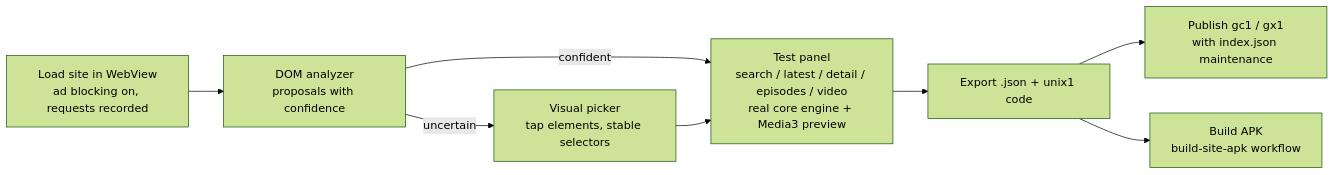
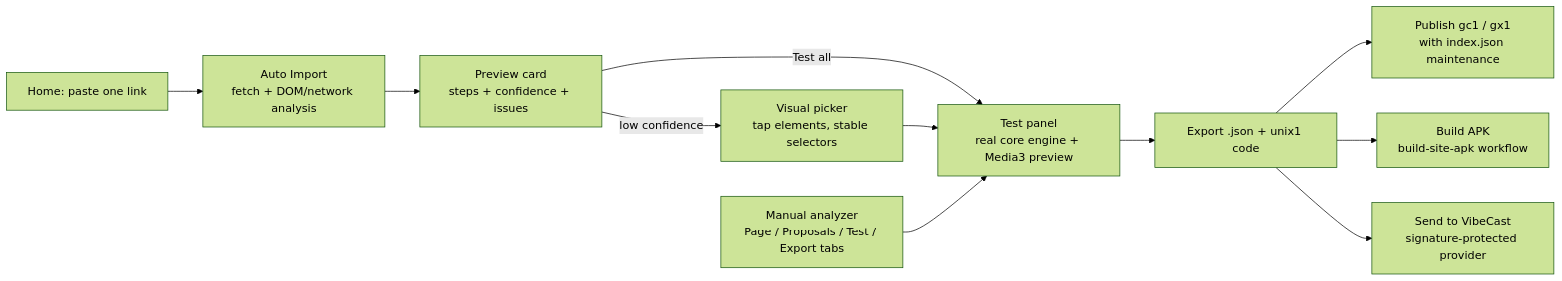
The diagram in addonx/README.md (tukiza7-debug/vibecast), drawn with Mermaid (forest theme) before and after one commit. The commit also changed other lines of this file and 14 other files, not shown here.

First line of the commit message:
feat(addonx): four-tab shell, real test pipeline, recording and expanded settings

````diff
--- a/addonx/README.md
+++ b/addonx/README.md
@@ -10,11 +11,13 @@
 ```mermaid
 flowchart LR
-    W[Load site in WebView<br/>ad blocking on, requests recorded] --> A[DOM analyzer<br/>proposals with confidence]
-    A -- confident --> T
-    A -- uncertain --> PV[Visual picker<br/>tap elements, stable selectors]
+    H[Home: paste one link] --> AA[Auto Import<br/>fetch + DOM/network analysis]
+    AA --> P[Preview card<br/>steps + confidence + issues]
+    P -- Test all --> T
+    P -- low confidence --> PV[Visual picker<br/>tap elements, stable selectors]
     PV --> T
-    T[Test panel<br/>search / latest / detail / episodes / video<br/>real core engine + Media3 preview]
-    T --> X[Export .json + unix1 code]
+    W[Manual analyzer<br/>Page / Proposals / Test / Export tabs] --> T
+    T[Test panel<br/>real core engine + Media3 preview] --> X[Export .json + unix1 code]
     X --> G[Publish gc1 / gx1<br/>with index.json maintenance]
     X --> B[Build APK<br/>build-site-apk workflow]
+    X --> V[Send to VibeCast<br/>signature-protected provider]
 ```
````
